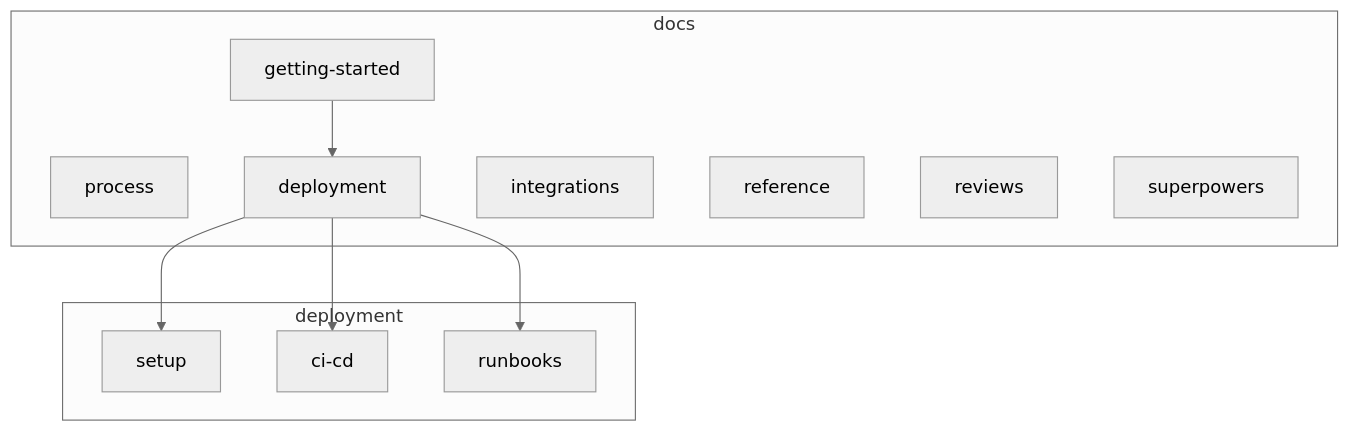
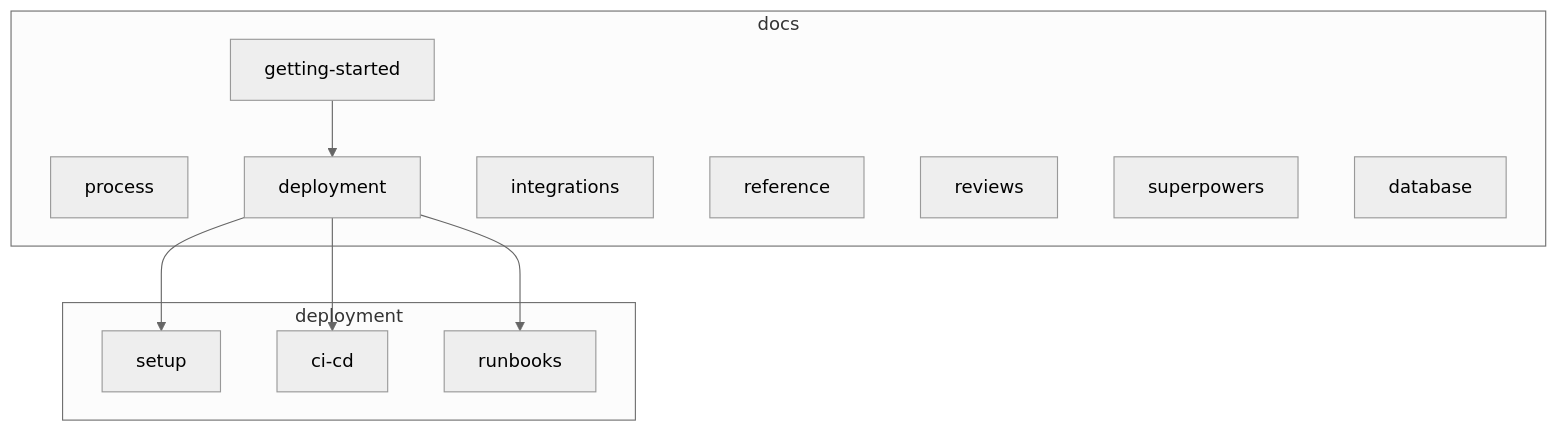
The diagram in docs/README.md (nikunjmavani/core-be), drawn with Mermaid (neutral theme) before and after one commit. The commit also changed other lines of this file and 13 other files, not shown here.

````diff
--- a/docs/README.md
+++ b/docs/README.md
@@ -31,23 +31,24 @@
 ```mermaid
 flowchart TB
   subgraph docsRoot [docs]
     GS[getting-started]
     PR[process]
     DP[deployment]
     IN[integrations]
     RF[reference]
     RV[reviews]
     SP[superpowers]
+    DB[database]
   end
 
   subgraph deploySub [deployment]
     SET[setup]
     CICD[ci-cd]
     RB[runbooks]
   end
 
   DP --> SET
   DP --> CICD
   DP --> RB
   GS --> DP
 ```
````
